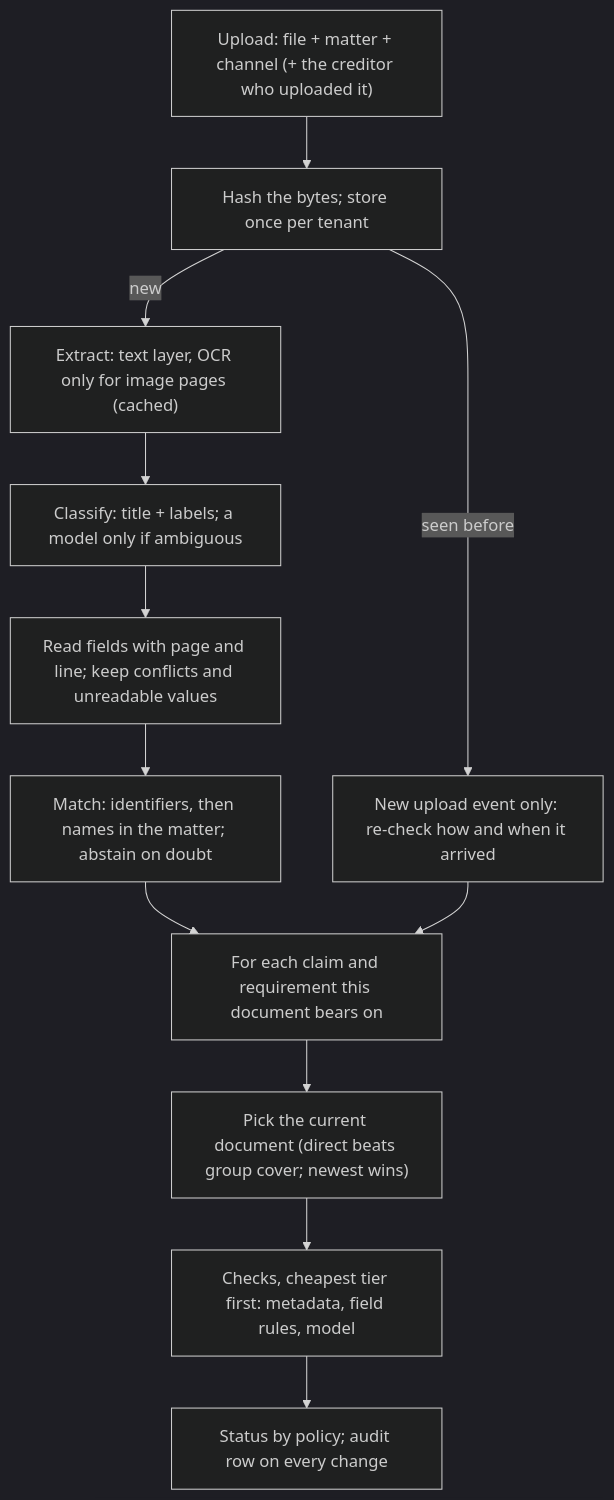
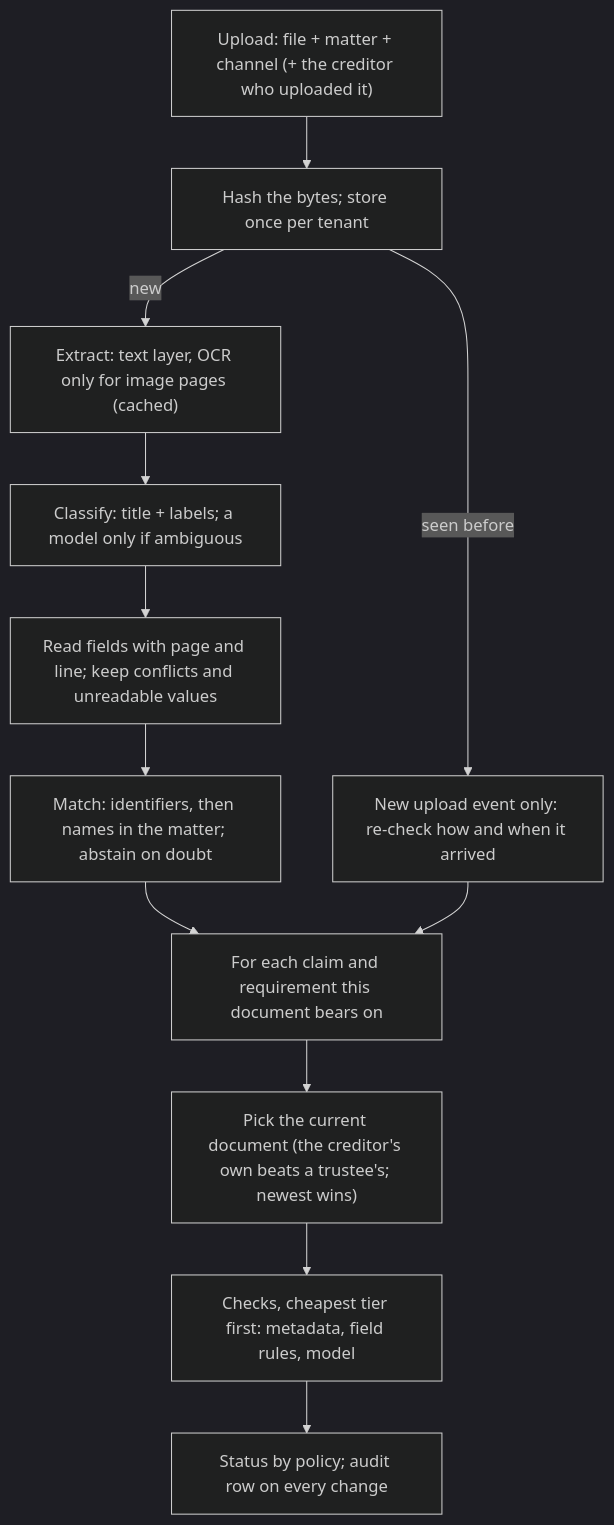
One commit to gandhiashutosh14/testamur changed the first of 3 diagrams in docs/architecture.md. Above: the diagram before and after it, drawn with Mermaid (dark theme). The commit also changed other lines of this file and 15 other files, not shown here.

First line of the commit message:
README, architecture, walkthrough and decisions for the insolvency domain; documents never arrive before their date

````diff
--- a/docs/architecture.md
+++ b/docs/architecture.md
@@ -25,14 +27,14 @@
 ```mermaid
 flowchart TD
     U["Upload: file + matter + channel (+ the creditor who uploaded it)"] --> H["Hash the bytes; store once per tenant"]
     H -->|seen before| R["New upload event only: re-check how and when it arrived"]
     H -->|new| X["Extract: text layer, OCR only for image pages (cached)"]
     X --> C["Classify: title + labels; a model only if ambiguous"]
     C --> F["Read fields with page and line; keep conflicts and unreadable values"]
     F --> M["Match: identifiers, then names in the matter; abstain on doubt"]
     M --> K["For each claim and requirement this document bears on"]
     R --> K
-    K --> D["Pick the current document (direct beats group cover; newest wins)"]
+    K --> D["Pick the current document (the creditor's own beats a trustee's; newest wins)"]
     D --> V["Checks, cheapest tier first: metadata, field rules, model"]
     V --> S["Status by policy; audit row on every change"]
 ```
````
